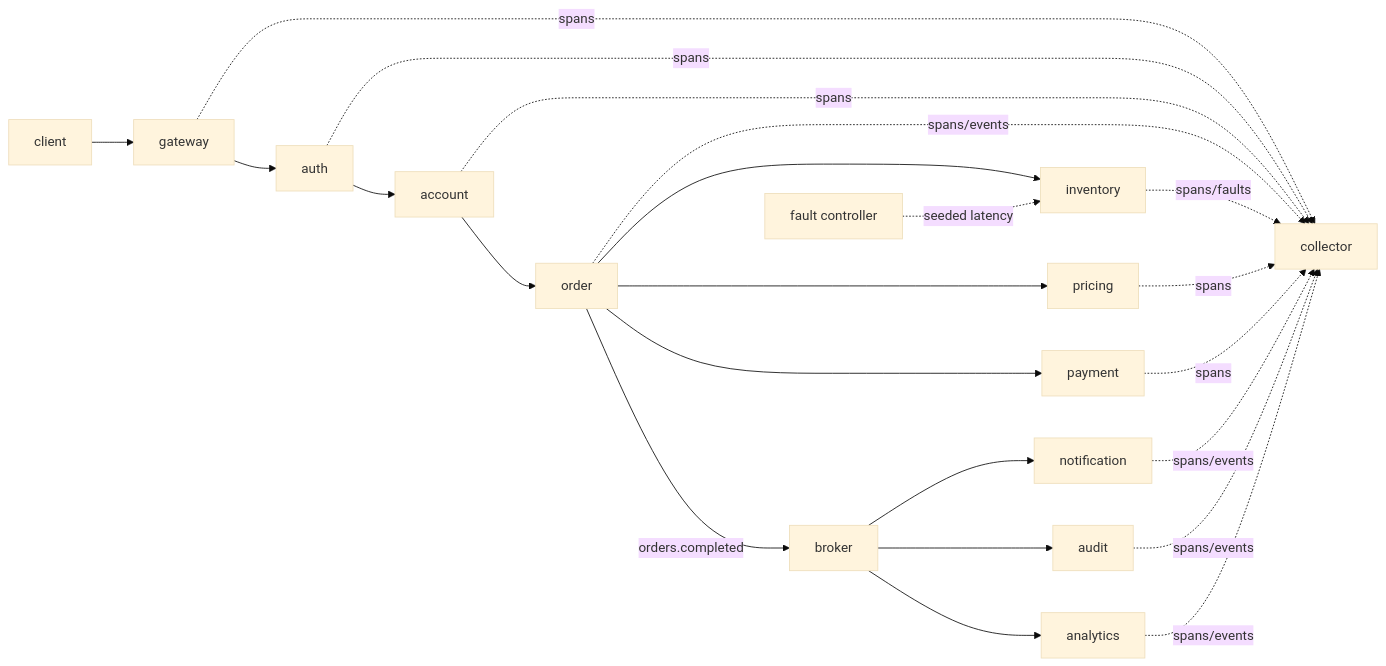
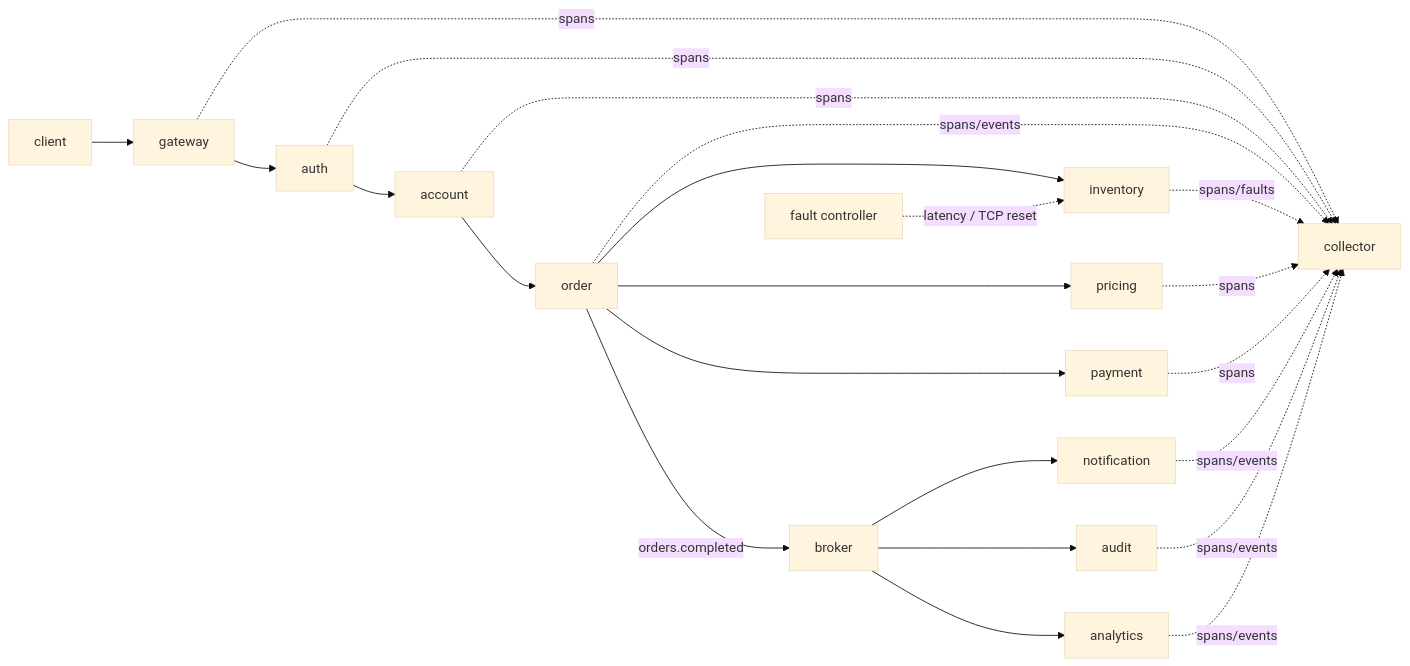
The diagram in README.md (yjr28/kestrel-replay), drawn with Mermaid (base theme) before and after one commit. The commit also changed other lines of this file and 11 other files, not shown here.

````diff
--- a/README.md
+++ b/README.md
@@ -15,26 +15,26 @@
 ```mermaid
 flowchart LR
     C[client] --> G[gateway]
     G --> A[auth]
     A --> AC[account]
     AC --> O[order]
     O --> I[inventory]
     O --> P[pricing]
     O --> PAY[payment]
     O -->|orders.completed| B[broker]
     B --> N[notification]
     B --> AU[audit]
     B --> AN[analytics]
 
-    FI[fault controller] -. seeded latency .-> I
+    FI[fault controller] -. latency / TCP reset .-> I
     G -. spans .-> COL[collector]
     A -. spans .-> COL
     AC -. spans .-> COL
     O -. spans/events .-> COL
     I -. spans/faults .-> COL
     P -. spans .-> COL
     PAY -. spans .-> COL
     N -. spans/events .-> COL
     AU -. spans/events .-> COL
     AN -. spans/events .-> COL
 ```
````
